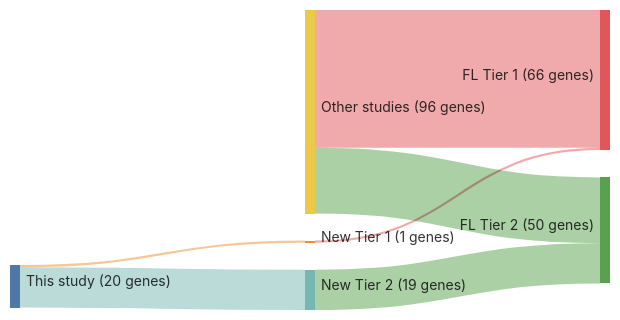
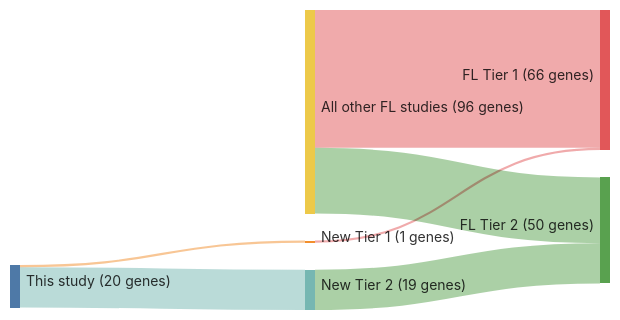
One commit to morinlab/lymphopedia changed the diagram in papers/russler-germainMutationsAssociatedProgression2023b.md. Above: the diagram before and after it, drawn with Mermaid. The commit also changed 82 other files, not shown here.

````diff
--- a/papers/russler-germainMutationsAssociatedProgression2023b.md
+++ b/papers/russler-germainMutationsAssociatedProgression2023b.md
@@ -12,20 +12,20 @@
 ```mermaid
 ---
 config:
     sankey:
         showValues: true
         linkColor: target
         width: 600
         height: 300
         nodeAlignment: right
         prefix: '('
         suffix: ' genes)'
 ---
 sankey-beta
 This study, New Tier 1, 1
 New Tier 1, FL Tier 1, 1
 This study, New Tier 2, 19
 New Tier 2, FL Tier 2, 19
-Other studies, FL Tier 1, 65
-Other studies, FL Tier 2, 31
+All other FL studies, FL Tier 1, 65
+All other FL studies, FL Tier 2, 31
 ```
````
